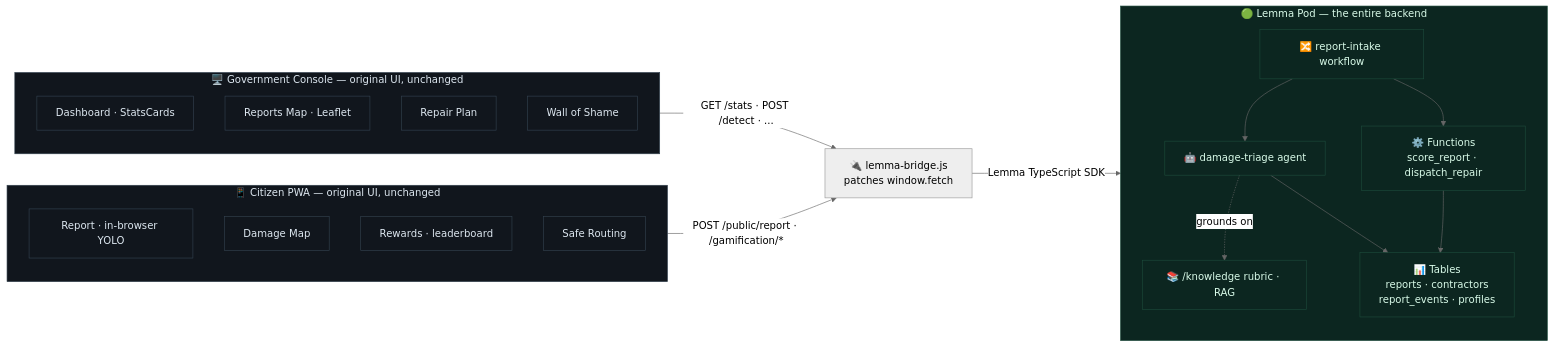
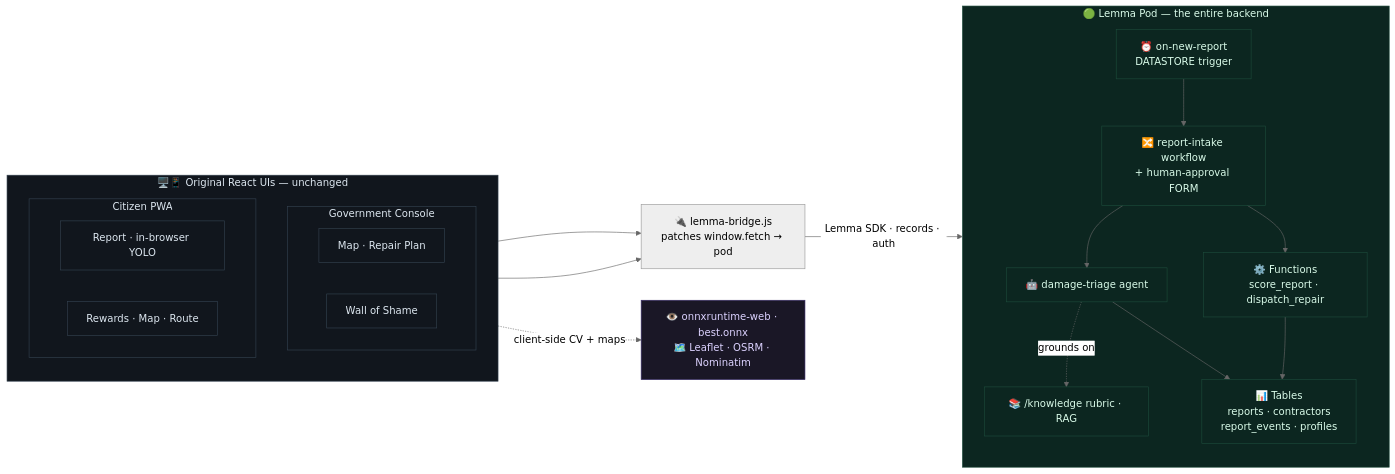
One commit to SaudSatopay/crackwatch-lemma changed the second of 12 diagrams in README.md. Above: the diagram before and after it, drawn with Mermaid (neutral theme). The commit also changed other lines of this file, not shown here.

First line of the commit message:
docs: beautify README — 12 diagrams + engineering deep-dives

````diff
--- a/README.md
+++ b/README.md
@@ -31,43 +108,46 @@
 ```mermaid
 flowchart LR
-    subgraph UI["🖥️  Government Console — original UI, unchanged"]
+    subgraph CLIENTS["🖥️📱  Original React UIs — unchanged"]
         direction TB
-        C1["Dashboard · StatsCards"]
-        C2["Reports Map · Leaflet"]
-        C3["Repair Plan"]
-        C4["Wall of Shame"]
+        subgraph UI["Government Console"]
+            C1["Map · Repair Plan"]
+            C2["Wall of Shame"]
+        end
+        subgraph APP["Citizen PWA"]
+            A1["Report · in-browser YOLO"]
+            A2["Rewards · Map · Route"]
+        end
     end
 
-    subgraph APP["📱  Citizen PWA — original UI, unchanged"]
-        direction TB
-        A1["Report · in-browser YOLO"]
-        A2["Damage Map"]
-        A3["Rewards · leaderboard"]
-        A4["Safe Routing"]
-    end
-
-    BR["🔌 lemma-bridge.js<br/>patches window.fetch"]
+    BR["🔌 lemma-bridge.js<br/>patches window.fetch → pod"]
 
     subgraph POD["🟢  Lemma Pod — the entire backend"]
         direction TB
         TB["📊 Tables<br/>reports · contractors<br/>report_events · profiles"]
         AG["🤖 damage-triage agent"]
         FN["⚙️ Functions<br/>score_report · dispatch_repair"]
-        WF["🔀 report-intake workflow"]
+        WF["🔀 report-intake workflow<br/>+ human-approval FORM"]
         RAG["📚 /knowledge rubric · RAG"]
+        SCH["⏰ on-new-report<br/>DATASTORE trigger"]
     end
 
-    UI -- "GET /stats · POST /detect · ..." --> BR
-    APP -- "POST /public/report · /gamification/*" --> BR
-    BR -- "Lemma TypeScript SDK" --> POD
+    EXT["👁️ onnxruntime-web · best.onnx<br/>🗺️ Leaflet · OSRM · Nominatim"]
+
+    UI --> BR
+    APP --> BR
+    APP -. "client-side CV + maps" .-> EXT
+    BR -- "Lemma SDK · records · auth" --> POD
+    SCH --> WF
     WF --> AG
     WF --> FN
     AG -. "grounds on" .-> RAG
     AG --> TB
     FN --> TB
 
     classDef pod fill:#0c2620,stroke:#1c4a3a,color:#d9fbe9;
     classDef ui fill:#11161d,stroke:#33414f,color:#dde7f0;
-    class POD,TB,AG,FN,WF,RAG pod
-    class UI,C1,C2,C3,C4,APP,A1,A2,A3,A4 ui
+    classDef ext fill:#1a1726,stroke:#3a2d6b,color:#dcd2ff;
+    class POD,TB,AG,FN,WF,RAG,SCH pod
+    class CLIENTS,UI,APP,C1,C2,A1,A2 ui
+    class EXT ext
 ```
````
